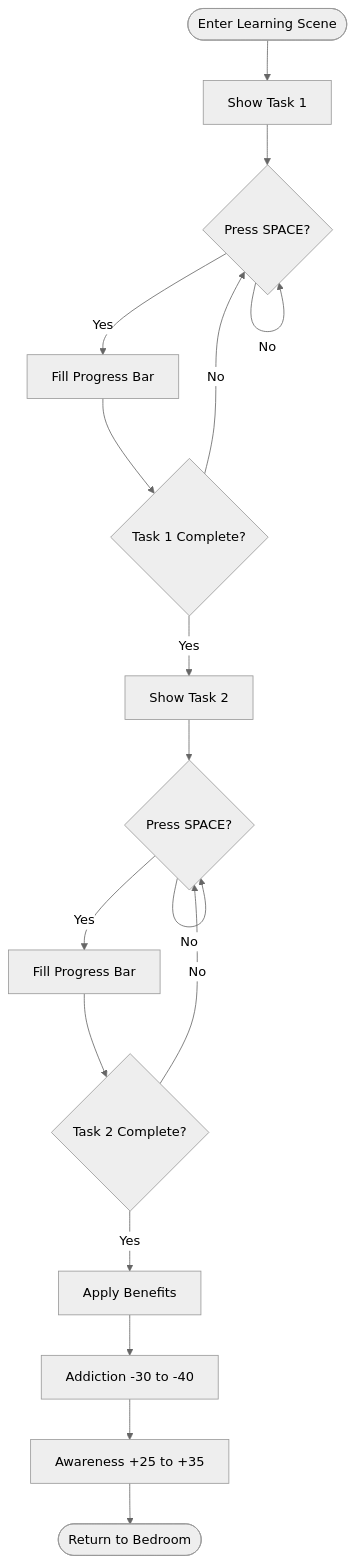
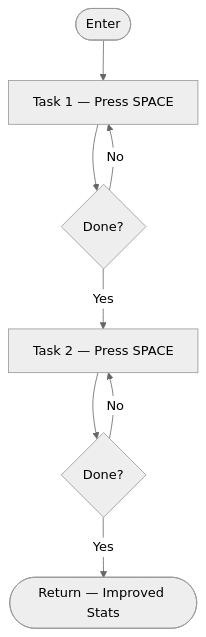
One commit to MNSBaanu/EchoSphere changed the fifth of 5 diagrams in docs/08_Algorithm.md. Above: the diagram before and after it, drawn with Mermaid (neutral theme). The commit also changed other lines of this file, not shown here.

First line of the commit message:
docs(Algorithm): simplify flowcharts and consolidate sections

````diff
--- a/docs/08_Algorithm.md
+++ b/docs/08_Algorithm.md
@@ -93,19 +67,10 @@
 ```mermaid
 flowchart TD
-    A([Enter Learning Scene]) --> B[Show Task 1]
-    B --> C{Press SPACE?}
-    C -->|Yes| D[Fill Progress Bar]
-    C -->|No| C
-    D --> E{Task 1 Complete?}
-    E -->|No| C
-    E -->|Yes| F[Show Task 2]
-    F --> G{Press SPACE?}
-    G -->|Yes| H[Fill Progress Bar]
-    G -->|No| G
-    H --> I{Task 2 Complete?}
-    I -->|No| G
-    I -->|Yes| J[Apply Benefits]
-    J --> K[Addiction -30 to -40]
-    K --> L[Awareness +25 to +35]
-    L --> M([Return to Bedroom])
+    A([Enter]) --> B[Task 1 — Press SPACE]
+    B --> C{Done?}
+    C -->|No| B
+    C -->|Yes| D[Task 2 — Press SPACE]
+    D --> E{Done?}
+    E -->|No| D
+    E -->|Yes| F([Return — Improved Stats])
 ```
````
